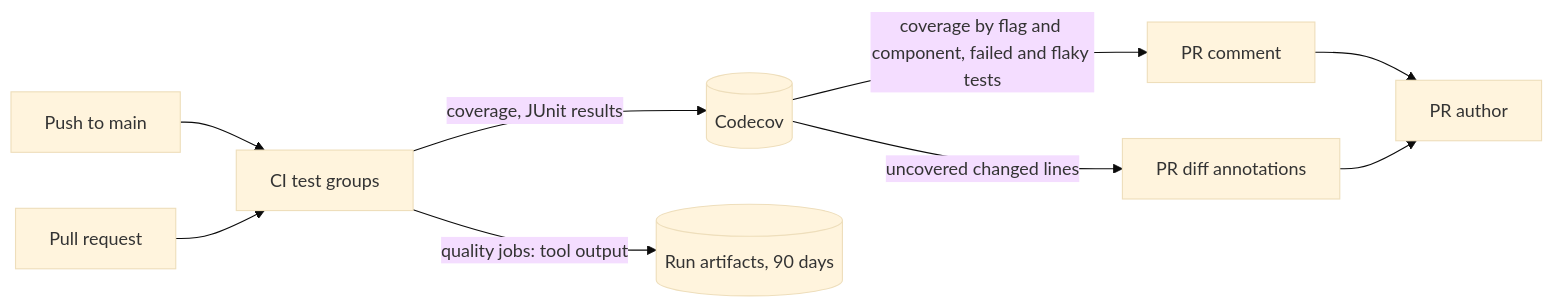
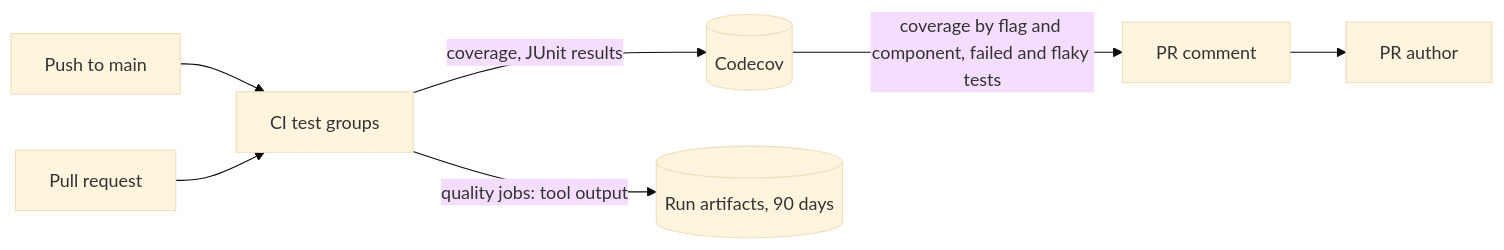
Before and after one commit to syudead/vv: the diagram in docs/design-docs/test-quality-monitoring.md, drawn with Mermaid (base theme). The commit also changed other lines of this file and 5 other files, not shown here.

````diff
--- a/docs/design-docs/test-quality-monitoring.md
+++ b/docs/design-docs/test-quality-monitoring.md
@@ -11,11 +11,9 @@
 ```mermaid
 flowchart LR
   push[Push to main] --> ci[CI test groups]
   pr[Pull request] --> ci
   ci -->|coverage, JUnit results| codecov[(Codecov)]
   ci -->|quality jobs: tool output| art[(Run artifacts, 90 days)]
   codecov -->|coverage by flag and component, failed and flaky tests| prc[PR comment]
-  codecov -->|uncovered changed lines| ann[PR diff annotations]
   prc --> author[PR author]
-  ann --> author
 ```
````
